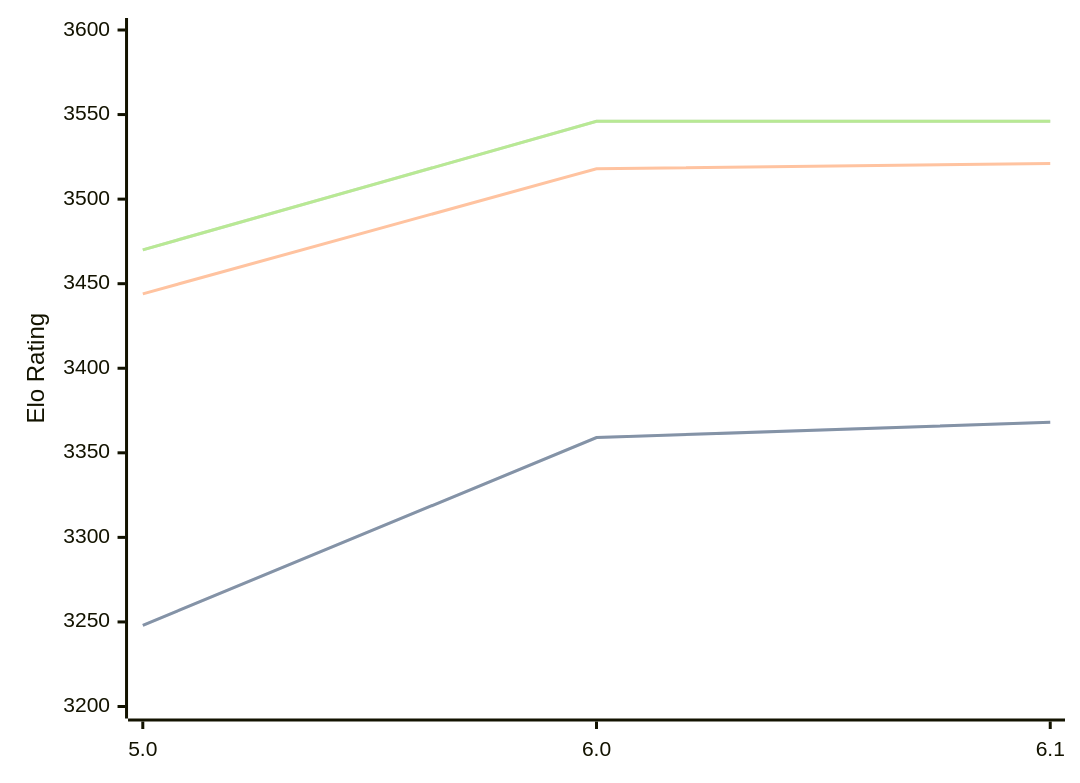
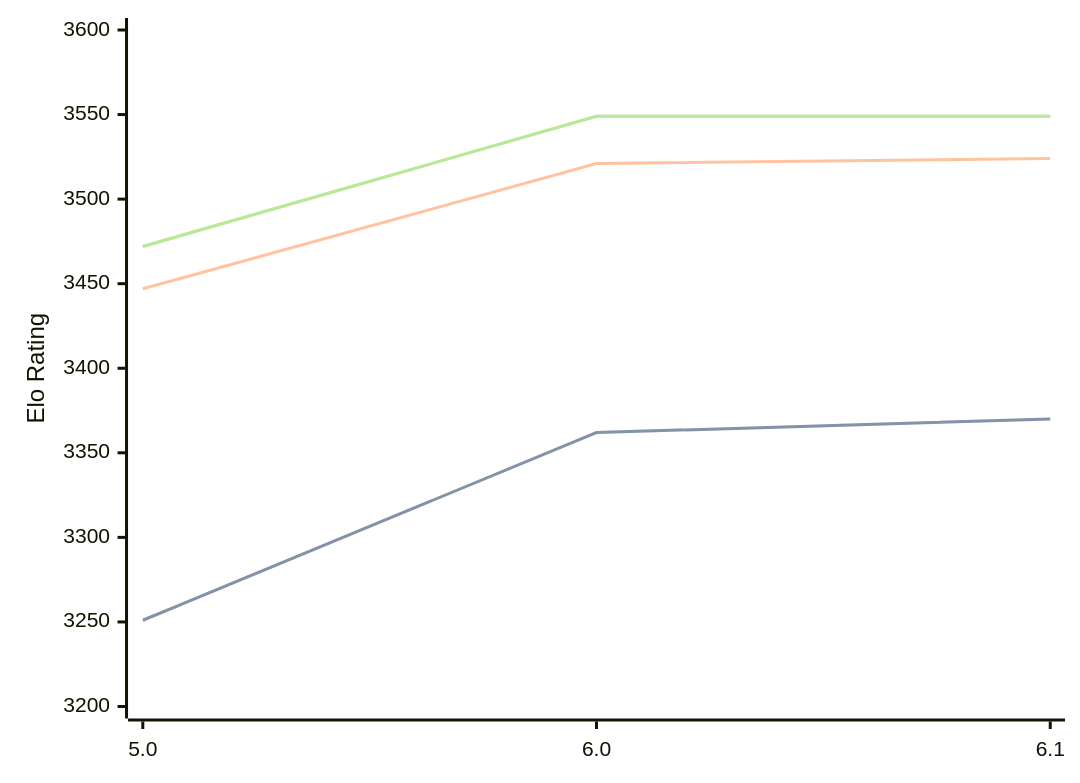
Before and after one commit to computer-chess-index/cci: the diagram in engines/Starzix.md, drawn with Mermaid. The commit also changed other lines of this file, not shown here.

Commit message:
Update CCI Ratings (ELO VLTC) - 2026-02-20

````diff
--- a/engines/Starzix.md
+++ b/engines/Starzix.md
@@ -34,11 +34,11 @@
 ```mermaid
 %%{init: {"theme":"base","themeVariables":{"seriesColors:['#a3a3a3','#222221','#faa371']}}}%%
 xychart-beta
   x-axis ["5.0", "6.0", "6.1"]
   y-axis "Elo Rating" 3200 --> 3600
-  line "STC (8.0+0.08s)" [3248, 3359, 3368]
-  line "STC (8.0+0.08s)" [3248, 3359, 3368]
-  line "LTC (60.0+0.60s)" [3444, 3518, 3521]
-  line "VLTC (2m24s+1.12s)" [3470, 3546, 3546]
-  line "VLTC (2m24s+1.12s)" [3470, 3546, 3546]
+  line "STC (8.0+0.08s)" [3251, 3362, 3370]
+  line "STC (8.0+0.08s)" [3251, 3362, 3370]
+  line "LTC (60.0+0.60s)" [3447, 3521, 3524]
+  line "VLTC (2m24s+1.12s)" [3472, 3549, 3549]
+  line "VLTC (2m24s+1.12s)" [3472, 3549, 3549]
 ```
````
